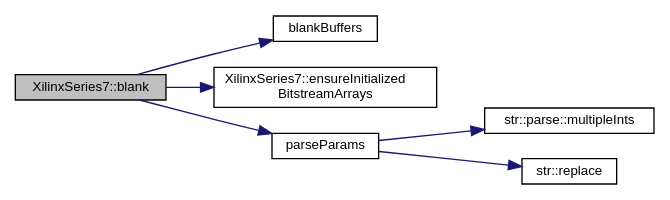
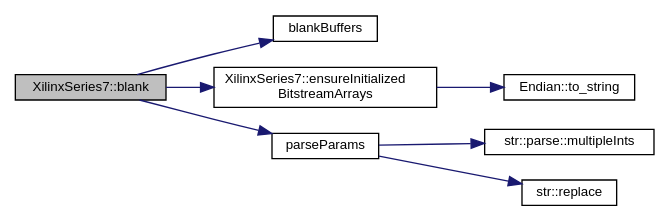
The diagram in classXilinxSeries7_a7b5e5ff123d54639e4c3b2c03300c3f5_cgraph.dot (FPGA-Research-Manchester/byteman), drawn with Graphviz before and after one commit. The commit also changed 271 other files, not shown here.

```diff
--- a/classXilinxSeries7_a7b5e5ff123d54639e4c3b2c03300c3f5_cgraph.dot
+++ b/classXilinxSeries7_a7b5e5ff123d54639e4c3b2c03300c3f5_cgraph.dot
@@ -1,19 +1,21 @@
 digraph "XilinxSeries7::blank"
 {
  // INTERACTIVE_SVG=YES
  // LATEX_PDF_SIZE
   edge [fontname="Helvetica",fontsize="10",labelfontname="Helvetica",labelfontsize="10"];
   node [fontname="Helvetica",fontsize="10",shape=record];
   rankdir="LR";
   Node1 [label="XilinxSeries7::blank",height=0.2,width=0.4,color="black", fillcolor="grey75", style="filled", fontcolor="black",tooltip=" "];
   Node1 -> Node2 [color="midnightblue",fontsize="10",style="solid",fontname="Helvetica"];
   Node2 [label="blankBuffers",height=0.2,width=0.4,color="black", fillcolor="white", style="filled",URL="$inlineBlank_8h.html#a10ffb5917ae93f7a4be5533f80e3bb9b",tooltip=" "];
   Node1 -> Node3 [color="midnightblue",fontsize="10",style="solid",fontname="Helvetica"];
   Node3 [label="XilinxSeries7::ensureInitialized\lBitstreamArrays",height=0.2,width=0.4,color="black", fillcolor="white", style="filled",URL="$classXilinxSeries7.html#a48e8af97afd87fb913bb399474901f25",tooltip=" "];
-  Node1 -> Node4 [color="midnightblue",fontsize="10",style="solid",fontname="Helvetica"];
-  Node4 [label="parseParams",height=0.2,width=0.4,color="black", fillcolor="white", style="filled",URL="$inlineParseParams_8h.html#a7f22499069a08d35dfe2ec4697d03056",tooltip=" "];
-  Node4 -> Node5 [color="midnightblue",fontsize="10",style="solid",fontname="Helvetica"];
-  Node5 [label="str::parse::multipleInts",height=0.2,width=0.4,color="black", fillcolor="white", style="filled",URL="$namespacestr_1_1parse.html#a9f14cc7345a3fc0591a6afaf8033e6d1",tooltip=" "];
-  Node4 -> Node6 [color="midnightblue",fontsize="10",style="solid",fontname="Helvetica"];
-  Node6 [label="str::replace",height=0.2,width=0.4,color="black", fillcolor="white", style="filled",URL="$namespacestr.html#ac23568893d7dd0123ecfc9105c9f3a69",tooltip="Replaces all instances of oldChar in string str with newChar and returns the resulting string."];
+  Node3 -> Node4 [color="midnightblue",fontsize="10",style="solid",fontname="Helvetica"];
+  Node4 [label="Endian::to_string",height=0.2,width=0.4,color="black", fillcolor="white", style="filled",URL="$namespaceEndian.html#ac9f4873f9a0c23291fa47d68dff6fbbc",tooltip=" "];
+  Node1 -> Node5 [color="midnightblue",fontsize="10",style="solid",fontname="Helvetica"];
+  Node5 [label="parseParams",height=0.2,width=0.4,color="black", fillcolor="white", style="filled",URL="$inlineParseParams_8h.html#a7f22499069a08d35dfe2ec4697d03056",tooltip=" "];
+  Node5 -> Node6 [color="midnightblue",fontsize="10",style="solid",fontname="Helvetica"];
+  Node6 [label="str::parse::multipleInts",height=0.2,width=0.4,color="black", fillcolor="white", style="filled",URL="$namespacestr_1_1parse.html#a9f14cc7345a3fc0591a6afaf8033e6d1",tooltip=" "];
+  Node5 -> Node7 [color="midnightblue",fontsize="10",style="solid",fontname="Helvetica"];
+  Node7 [label="str::replace",height=0.2,width=0.4,color="black", fillcolor="white", style="filled",URL="$namespacestr.html#ac23568893d7dd0123ecfc9105c9f3a69",tooltip="Replaces all instances of oldChar in string str with newChar and returns the resulting string."];
 }
```
